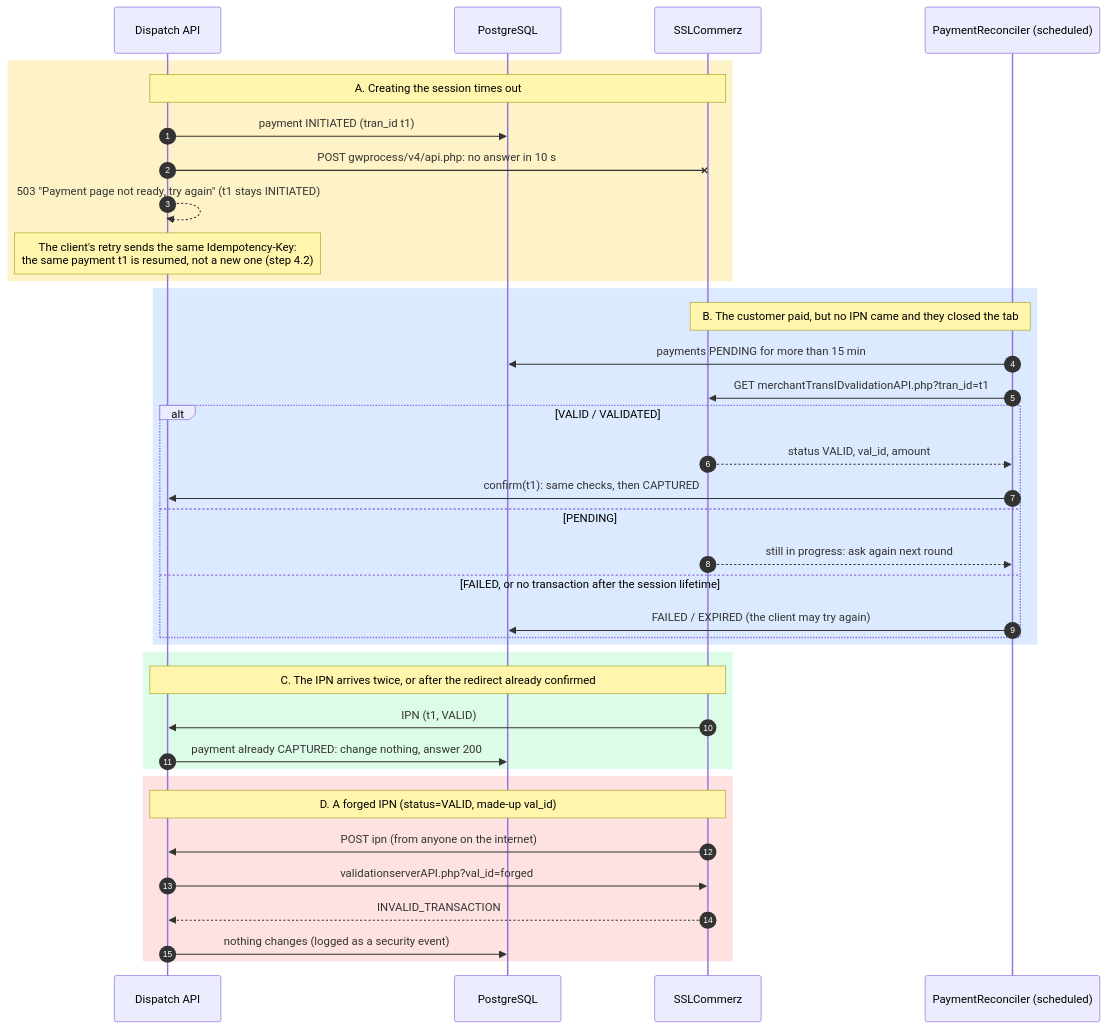
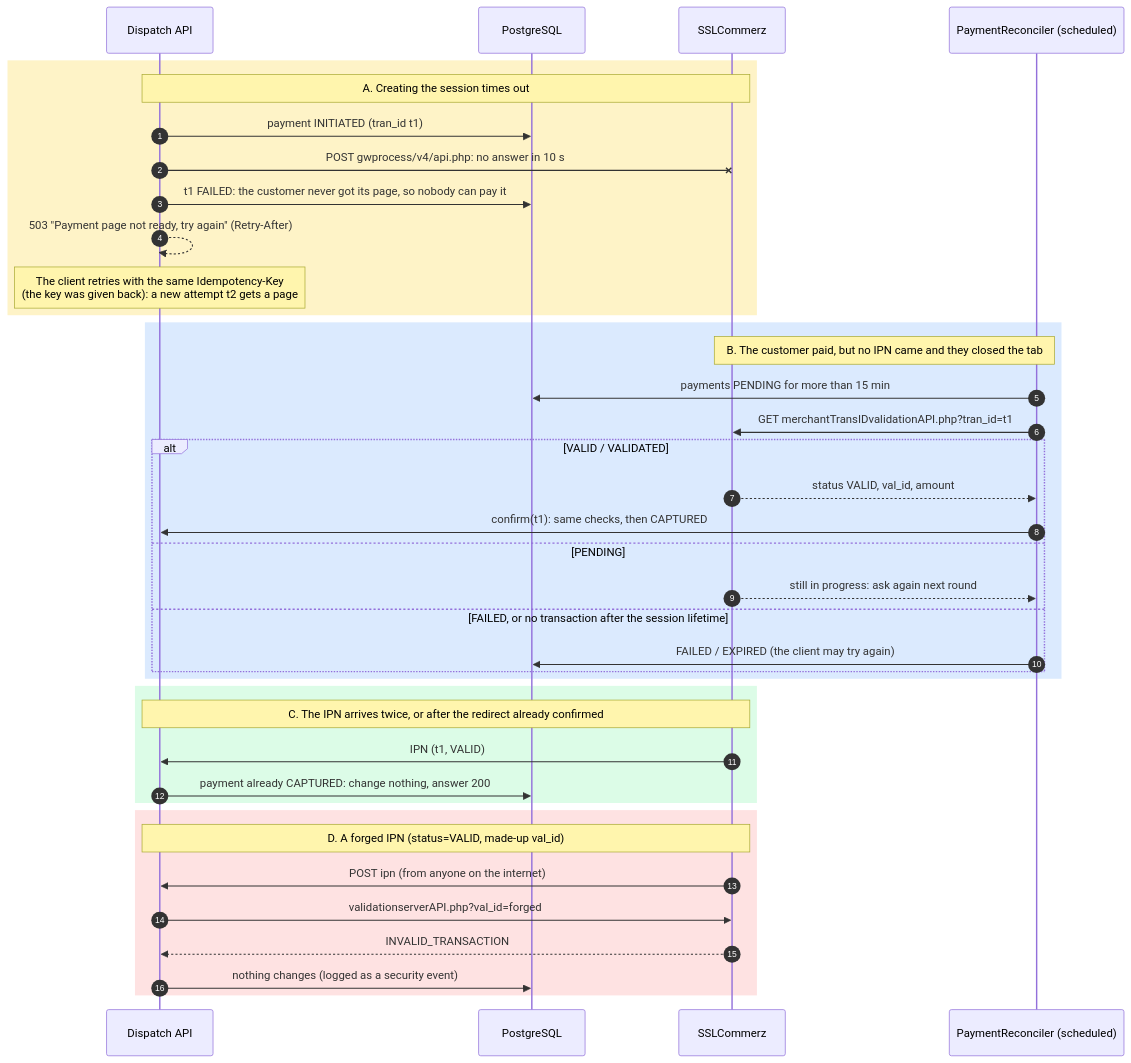
Before and after one commit to md-rashed-zaman/dispatch-platform: the second of 5 diagrams in docs/diagrams/payment-flow.md, drawn with Mermaid. The commit also changed other lines of this file and 33 other files, not shown here.

````diff
--- a/docs/diagrams/payment-flow.md
+++ b/docs/diagrams/payment-flow.md
@@ -62,44 +62,45 @@
 ```mermaid
 sequenceDiagram
   autonumber
   participant API as Dispatch API
   participant DB as PostgreSQL
   participant S as SSLCommerz
   participant R as PaymentReconciler (scheduled)
 
   rect rgb(254, 243, 199)
   Note over API,S: A. Creating the session times out
   API->>DB: payment INITIATED (tran_id t1)
   API-xS: POST gwprocess/v4/api.php: no answer in 10 s
-  API-->>API: 503 "Payment page not ready, try again" (t1 stays INITIATED)
-  Note over API: The client's retry sends the same Idempotency-Key:<br/>the same payment t1 is resumed, not a new one (step 4.2)
+  API->>DB: t1 FAILED: the customer never got its page, so nobody can pay it
+  API-->>API: 503 "Payment page not ready, try again" (Retry-After)
+  Note over API: The client retries with the same Idempotency-Key<br/>(the key was given back): a new attempt t2 gets a page
   end
 
   rect rgb(219, 234, 254)
   Note over S,R: B. The customer paid, but no IPN came and they closed the tab
   R->>DB: payments PENDING for more than 15 min
   R->>S: GET merchantTransIDvalidationAPI.php?tran_id=t1
   alt VALID / VALIDATED
     S-->>R: status VALID, val_id, amount
     R->>API: confirm(t1): same checks, then CAPTURED
   else PENDING
     S-->>R: still in progress: ask again next round
   else FAILED, or no transaction after the session lifetime
     R->>DB: FAILED / EXPIRED (the client may try again)
   end
   end
 
   rect rgb(220, 252, 231)
   Note over API,S: C. The IPN arrives twice, or after the redirect already confirmed
   S->>API: IPN (t1, VALID)
   API->>DB: payment already CAPTURED: change nothing, answer 200
   end
 
   rect rgb(254, 226, 226)
   Note over API,S: D. A forged IPN (status=VALID, made-up val_id)
   S->>API: POST ipn (from anyone on the internet)
   API->>S: validationserverAPI.php?val_id=forged
   S-->>API: INVALID_TRANSACTION
   API->>DB: nothing changes (logged as a security event)
   end
 ```
````
